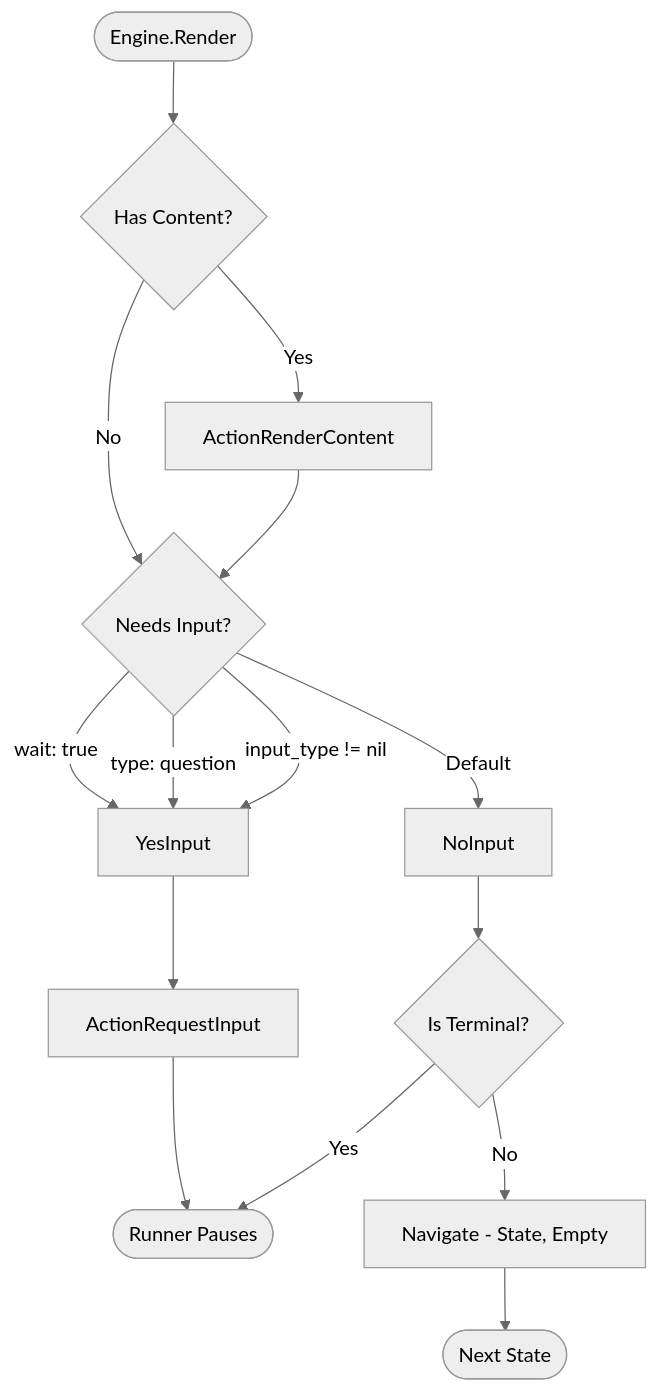
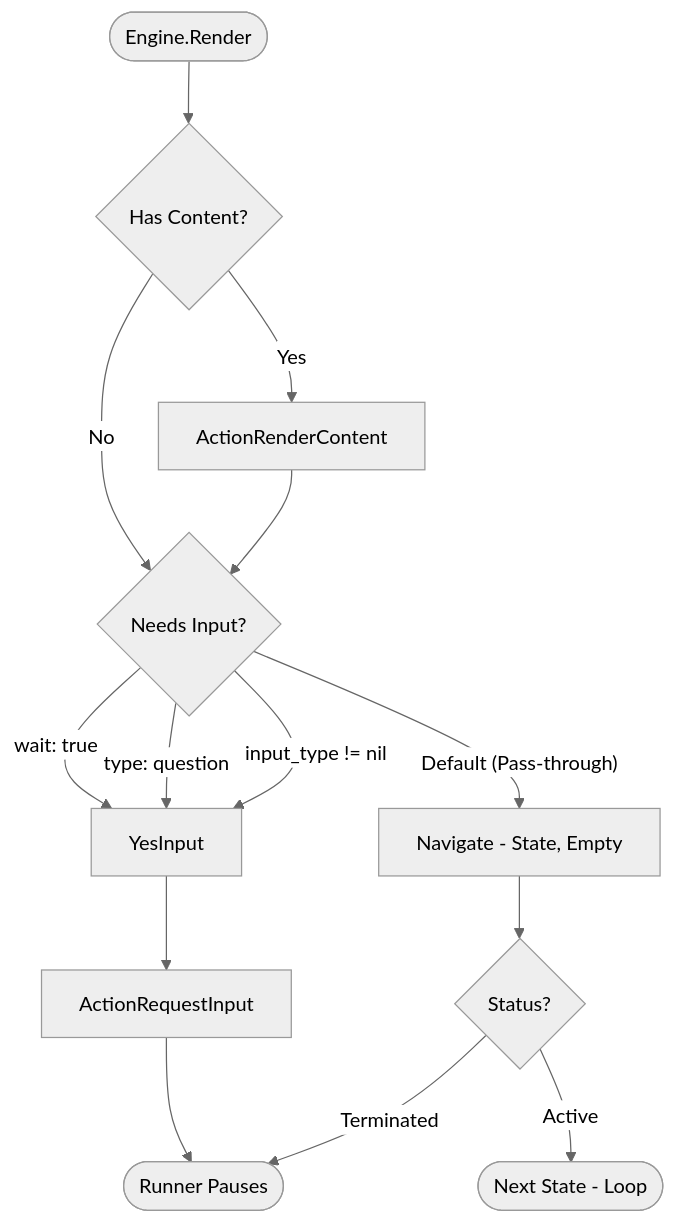
Before and after one commit to aretw0/trellis: the fifth of 8 diagrams in docs/TECHNICAL.md, drawn with Mermaid (neutral theme). The commit also changed other lines of this file, not shown here.

Commit message:
docs: technical diagrams update
- Updated Input Logic diagram to reflect unified terminal node handling.

- Updated Signal Flow diagram to show explicit OnNodeLeave emission.

````diff
--- a/docs/TECHNICAL.md
+++ b/docs/TECHNICAL.md
@@ -302,21 +302,20 @@
 ```mermaid
 flowchart TD
     Start([Engine.Render]) --> Content{Has Content?}
     Content -- Yes --> EmitRender[ActionRenderContent]
     Content -- No --> CheckInput
     EmitRender --> CheckInput
 
     CheckInput{Needs Input?}
     CheckInput -->|wait: true| YesInput
     CheckInput -->|type: question| YesInput
     CheckInput -->|input_type != nil| YesInput
-    CheckInput -->|Default| NoInput
+    CheckInput -->|"Default (Pass-through)"| AutoNav[Navigate - State, Empty]
 
     YesInput --> EmitRequest[ActionRequestInput]
     EmitRequest --> Stop([Runner Pauses])
 
-    NoInput --> IsTerminal{Is Terminal?}
-    IsTerminal -- Yes --> Stop
-    IsTerminal -- No --> AutoNav[Navigate - State, Empty]
-    AutoNav --> Next([Next State])
+    AutoNav --> Result{Status?}
+    Result -- Terminated --> Stop
+    Result -- Active --> Next([Next State - Loop])
 ```
````
